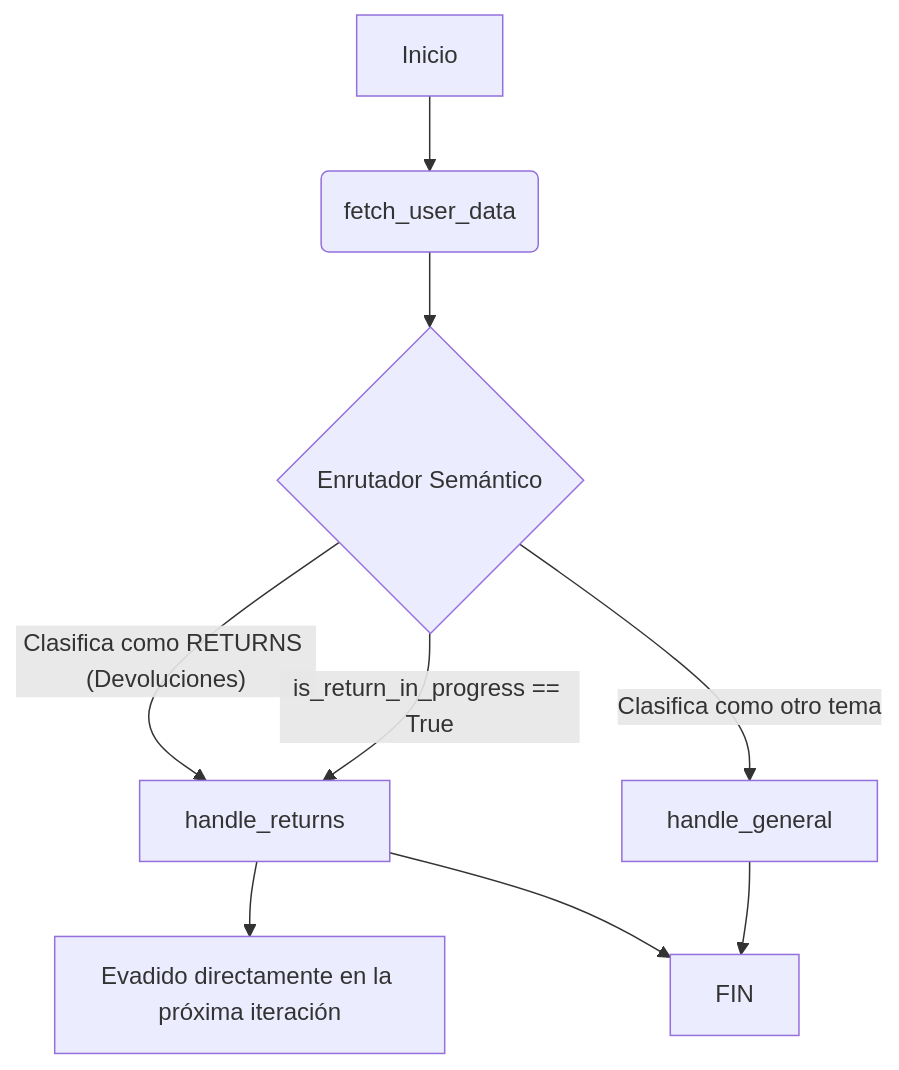
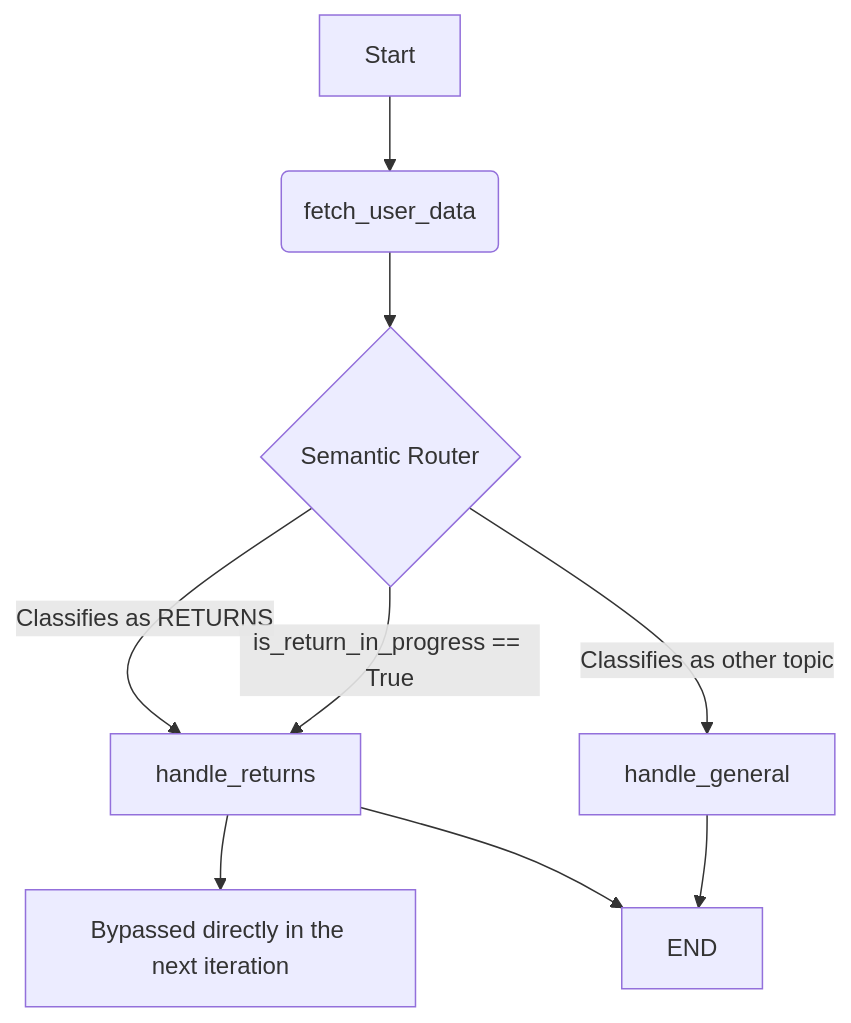
Before and after one commit to AlejandroDACS/-Addi-ML-Ops-Tech-Challenge: the diagram in deliverables/architecture.md, drawn with Mermaid. The commit also changed other lines of this file and 1 other file, not shown here.

````diff
--- a/deliverables/architecture.md
+++ b/deliverables/architecture.md
@@ -9,13 +9,13 @@
 ```mermaid
 graph TD
-    A[Inicio] --> B(fetch_user_data)
-    B --> C{Enrutador Semántico}
+    A[Start] --> B(fetch_user_data)
+    B --> C{Semantic Router}
     
-    C -- "Clasifica como RETURNS (Devoluciones)" --> D[handle_returns]
-    C -- "Clasifica como otro tema" --> E[handle_general]
+    C -- "Classifies as RETURNS" --> D[handle_returns]
+    C -- "Classifies as other topic" --> E[handle_general]
     C -- "is_return_in_progress == True" --> D
     
-    D --> F[Evadido directamente en la próxima iteración]
-    D --> Z[FIN]
+    D --> F[Bypassed directly in the next iteration]
+    D --> Z[END]
     E --> Z
 ```
````
